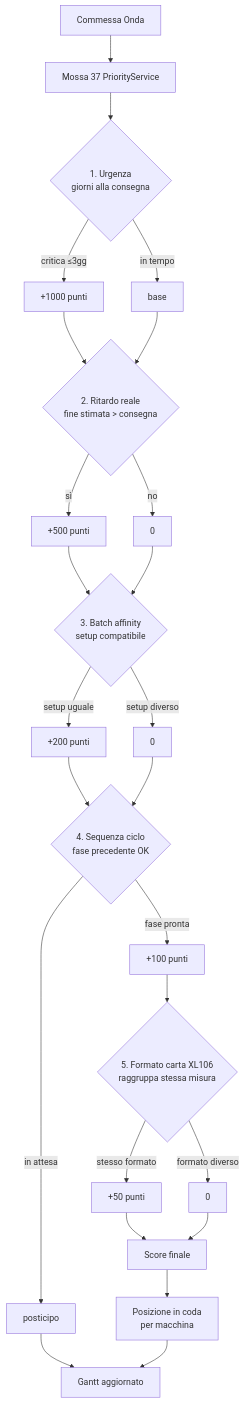
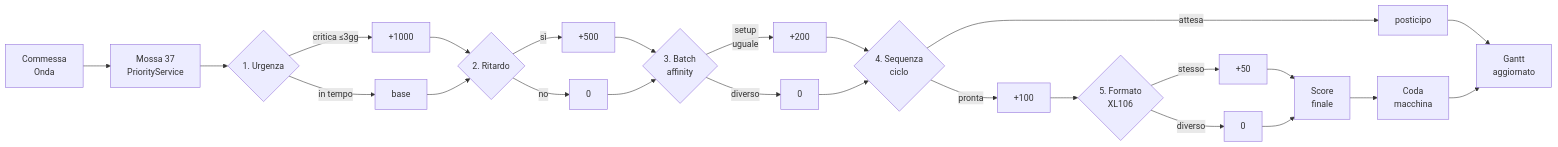
Before and after one commit to it245/graficanappa-gestionale: the first of 4 diagrams in docs/demo_mossa37_flowcharts.md, drawn with Mermaid. The commit also changed other lines of this file and 9 other files, not shown here.

First line of the commit message:
Demo: flowchart LR + confronto side-by-side + zoom click su immagine

````diff
--- a/docs/demo_mossa37_flowcharts.md
+++ b/docs/demo_mossa37_flowcharts.md
@@ -9,36 +9,32 @@
 ```mermaid
-flowchart TD
-    A[Commessa Onda] --> B[Mossa 37 PriorityService]
-    B --> L1{1. Urgenza<br/>giorni alla consegna}
-    L1 -->|critica ≤3gg| L1A[+1000 punti]
+flowchart LR
+    A[Commessa<br/>Onda] --> B[Mossa 37<br/>PriorityService]
+    B --> L1{1. Urgenza}
+    L1 -->|critica ≤3gg| L1A[+1000]
     L1 -->|in tempo| L1B[base]
     L1A --> L2
     L1B --> L2
 
-    L2{2. Ritardo reale<br/>fine stimata > consegna}
-    L2 -->|sì| L2A[+500 punti]
+    L2{2. Ritardo} -->|sì| L2A[+500]
     L2 -->|no| L2B[0]
     L2A --> L3
     L2B --> L3
 
-    L3{3. Batch affinity<br/>setup compatibile}
-    L3 -->|setup uguale| L3A[+200 punti]
-    L3 -->|setup diverso| L3B[0]
+    L3{3. Batch<br/>affinity} -->|setup<br/>uguale| L3A[+200]
+    L3 -->|diverso| L3B[0]
     L3A --> L4
     L3B --> L4
 
-    L4{4. Sequenza ciclo<br/>fase precedente OK}
-    L4 -->|fase pronta| L4A[+100 punti]
-    L4 -->|in attesa| L4B[posticipo]
+    L4{4. Sequenza<br/>ciclo} -->|pronta| L4A[+100]
+    L4 -->|attesa| L4B[posticipo]
     L4A --> L5
     L4B --> END
 
-    L5{5. Formato carta XL106<br/>raggruppa stessa misura}
-    L5 -->|stesso formato| L5A[+50 punti]
-    L5 -->|formato diverso| L5B[0]
+    L5{5. Formato<br/>XL106} -->|stesso| L5A[+50]
+    L5 -->|diverso| L5B[0]
     L5A --> OUT
     L5B --> OUT
 
-    OUT[Score finale] --> SCHED[Posizione in coda<br/>per macchina]
-    SCHED --> END[Gantt aggiornato]
+    OUT[Score<br/>finale] --> SCHED[Coda<br/>macchina]
+    SCHED --> END[Gantt<br/>aggiornato]
 ```
````
